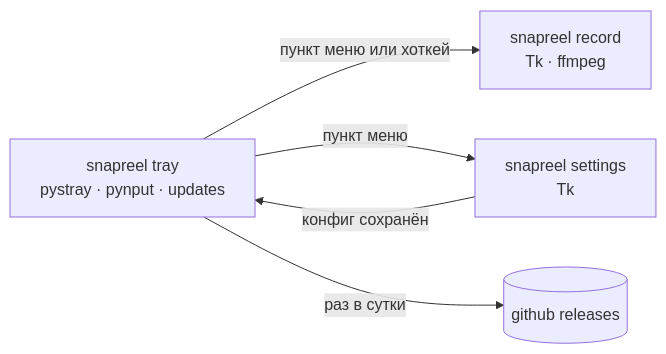
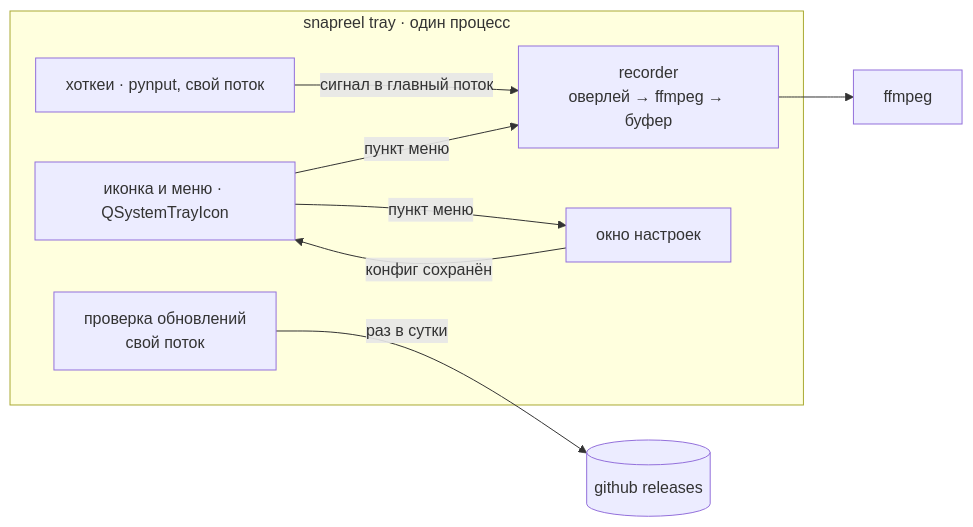
One commit to elementary1997/snapreel changed the fourth of 4 diagrams in docs/architecture.md. Above: the diagram before and after it, drawn with Mermaid. The commit also changed other lines of this file and 12 other files, not shown here.

First line of the commit message:
perf: record inside the tray instead of spawning a process

````diff
--- a/docs/architecture.md
+++ b/docs/architecture.md
@@ -117,12 +118,19 @@
 ```mermaid
 graph LR
-    tray[snapreel tray<br/>pystray · pynput · updates]
-    rec[snapreel record<br/>Tk · ffmpeg]
-    set[snapreel settings<br/>Tk]
+    subgraph tray[snapreel tray · один процесс]
+        icon[иконка и меню · QSystemTrayIcon]
+        keys[хоткеи · pynput, свой поток]
+        rec[recorder<br/>оверлей → ffmpeg → буфер]
+        set[окно настроек]
+        upd[проверка обновлений<br/>свой поток]
+    end
+    ff[ffmpeg]
     gh[(github releases)]
 
-    tray -->|пункт меню или хоткей| rec
-    tray -->|пункт меню| set
-    set -->|конфиг сохранён| tray
-    tray -->|раз в сутки| gh
+    keys -->|сигнал в главный поток| rec
+    icon -->|пункт меню| rec
+    icon -->|пункт меню| set
+    set -->|конфиг сохранён| icon
+    rec --> ff
+    upd -->|раз в сутки| gh
 ```
````
